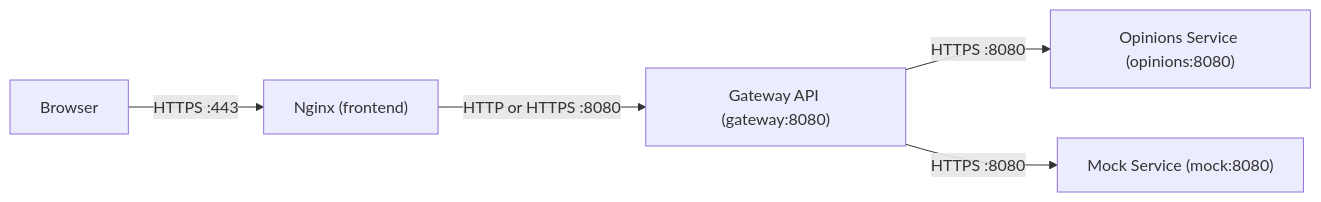
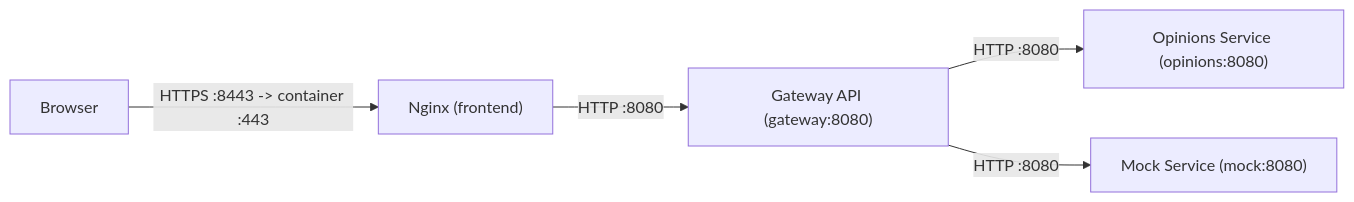
Before and after one commit to owrmille/r8n: the second of 2 diagrams in docs/frontend-guide-dita.md, drawn with Mermaid. The commit also changed other lines of this file and 6 other files, not shown here.

````diff
--- a/docs/frontend-guide-dita.md
+++ b/docs/frontend-guide-dita.md
@@ -101,13 +104,13 @@
 ```mermaid
 graph LR
   Browser["Browser"]
   Nginx["Nginx (frontend)"]
   Gateway["Gateway API (gateway:8080)"]
   Opinions["Opinions Service (opinions:8080)"]
   Mock["Mock Service (mock:8080)"]
 
-  Browser -->|"HTTPS :443"| Nginx
-  Nginx -->|"HTTP or HTTPS :8080"| Gateway
-  Gateway -->|"HTTPS :8080"| Opinions
-  Gateway -->|"HTTPS :8080"| Mock
+  Browser -->|"HTTPS :8443 -> container :443"| Nginx
+  Nginx -->|"HTTP :8080"| Gateway
+  Gateway -->|"HTTP :8080"| Opinions
+  Gateway -->|"HTTP :8080"| Mock
 ```
````
